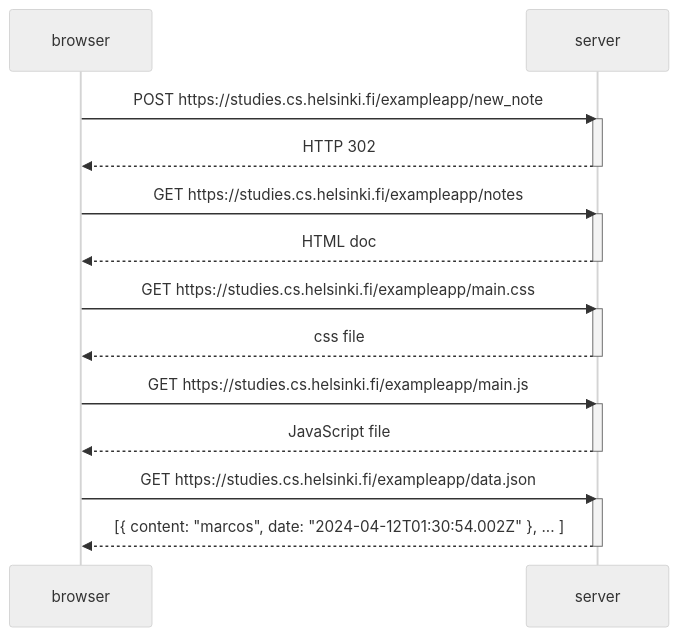
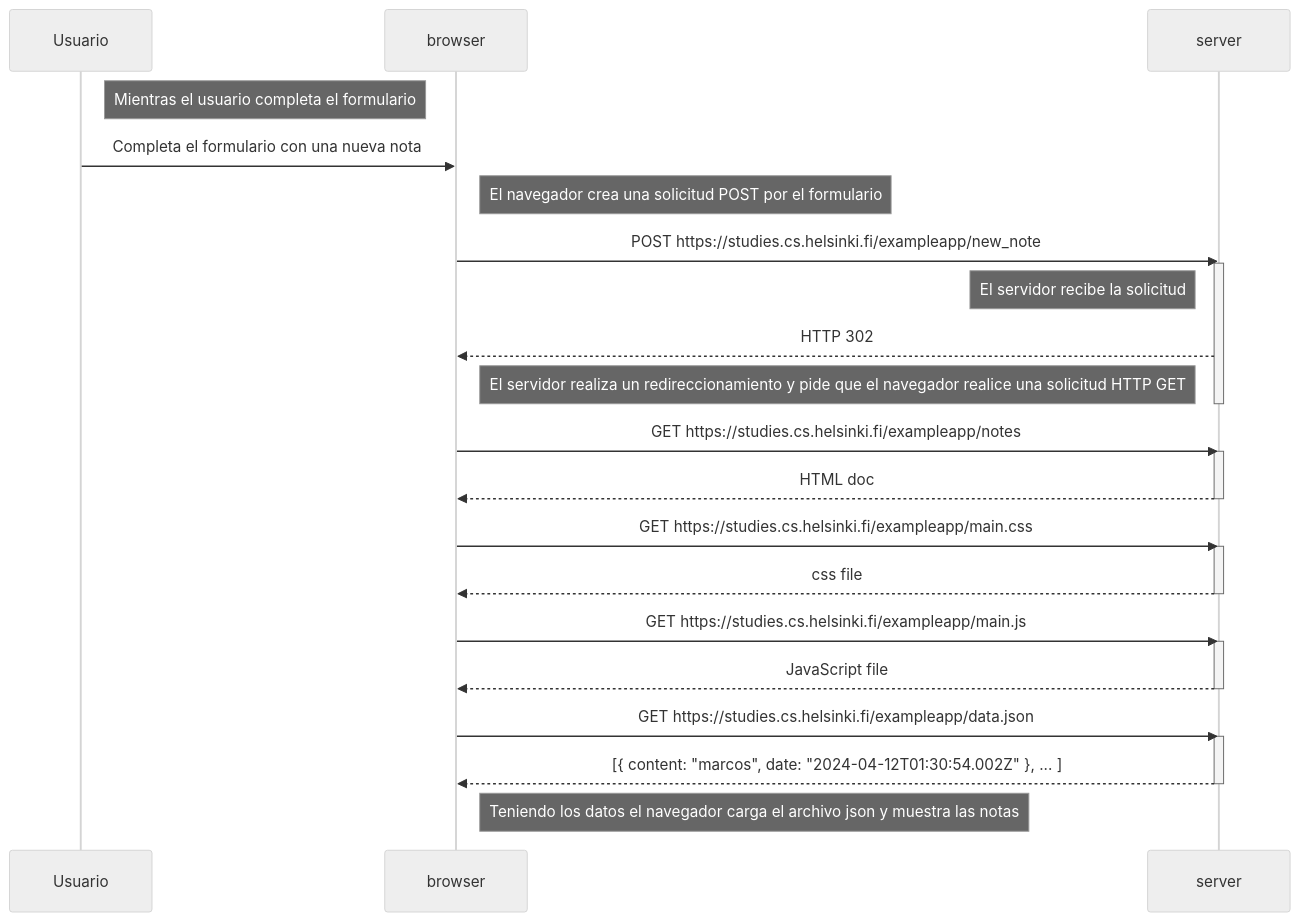
The diagram in part0/0.4 Diagram.md (Marcos-Pines1/FullStackOpen-MarcosMorua), drawn with Mermaid (neutral theme) before and after one commit.

Commit message:
Update 0.4 Diagram.md

````diff
--- a/part0/0.4 Diagram.md
+++ b/part0/0.4 Diagram.md
@@ -3,31 +3,37 @@
 ```mermaid
 
     sequenceDiagram
 
+    Note right of Usuario: Mientras el usuario completa el formulario
+    Usuario->>browser: Completa el formulario con una nueva nota
+
+    Note right of browser: El navegador crea una solicitud POST por el formulario
     browser->>server: POST https://studies.cs.helsinki.fi/exampleapp/new_note
     activate server
+    Note left of server: El servidor recibe la solicitud
     server-->>browser: HTTP 302
+    Note left of server:  El servidor realiza un redireccionamiento y pide que el navegador realice una solicitud HTTP GET
     deactivate server
-
+    
     browser->>server: GET https://studies.cs.helsinki.fi/exampleapp/notes
     activate server
     server-->>browser: HTML doc
     deactivate server
 
     browser->>server: GET https://studies.cs.helsinki.fi/exampleapp/main.css
     activate server
     server-->>browser: css file
     deactivate server
 
     browser->>server: GET https://studies.cs.helsinki.fi/exampleapp/main.js
     activate server
     server-->>browser: JavaScript file
     deactivate server
 
     browser->>server: GET https://studies.cs.helsinki.fi/exampleapp/data.json
     activate server
     server-->>browser: [{ content: "marcos", date: "2024-04-12T01:30:54.002Z" }, ... ]
     deactivate server
-    
+    Note right of browser: Teniendo los datos el navegador carga el archivo json y muestra las notas
     
 ```
````
